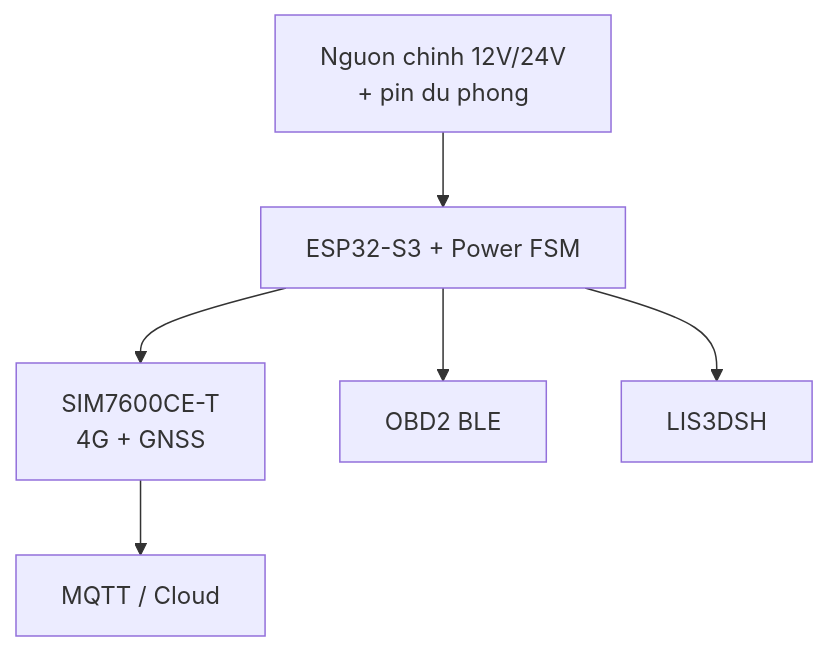
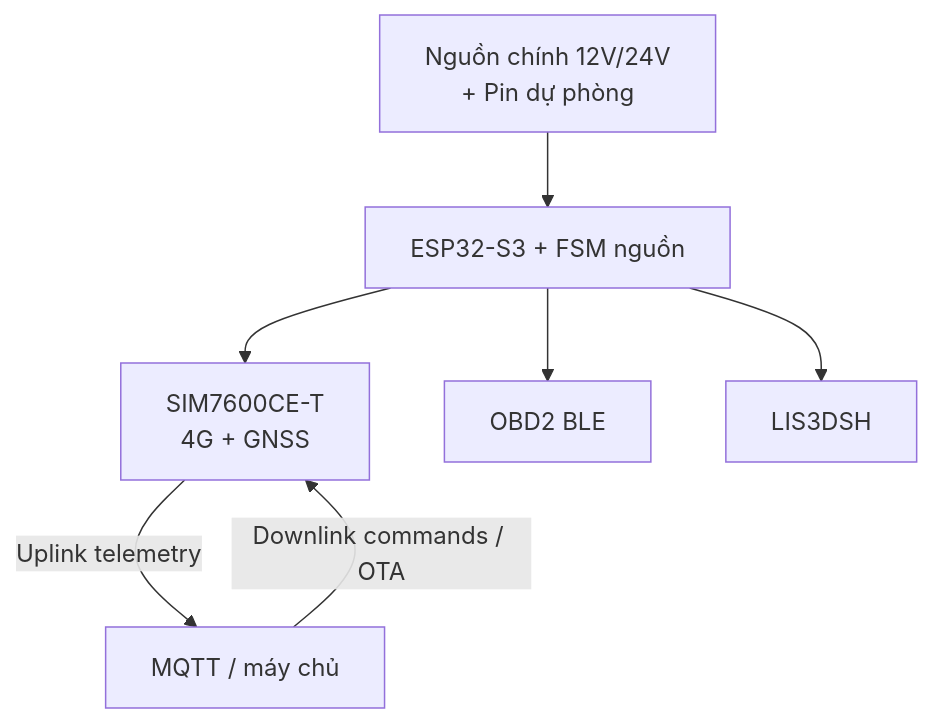
One commit to anmh1205/IoT_Vehicle_Tracking_System changed the diagram in resources/reports/thesis/final/assets/uml/03-chuong-3-giai-phap-phan-cung-hinh-3-1.mmd. Above: the diagram before and after it, drawn with Mermaid. The commit also changed 770 other files, not shown here.

```diff
--- a/resources/reports/thesis/final/assets/uml/03-chuong-3-giai-phap-phan-cung-hinh-3-1.mmd
+++ b/resources/reports/thesis/final/assets/uml/03-chuong-3-giai-phap-phan-cung-hinh-3-1.mmd
@@ -1,12 +1,14 @@
 flowchart TB
-    Power["Nguon chinh 12V/24V<br/>+ pin du phong"]
-    MCU["ESP32-S3 + Power FSM"]
+    Power["Nguồn chính 12V/24V<br/>+ Pin dự phòng"]
+    MCU["ESP32-S3 + FSM nguồn"]
     Modem["SIM7600CE-T<br/>4G + GNSS"]
     OBD["OBD2 BLE"]
     IMU["LIS3DSH"]
-    Cloud["MQTT / Cloud"]
+    Cloud["MQTT / máy chủ"]
 
     Power --> MCU
-    MCU --> Modem --> Cloud
+    MCU --> Modem
+    Modem -->|Uplink telemetry| Cloud
+    Cloud -->|Downlink commands / OTA| Modem
     MCU --> OBD
     MCU --> IMU
```
